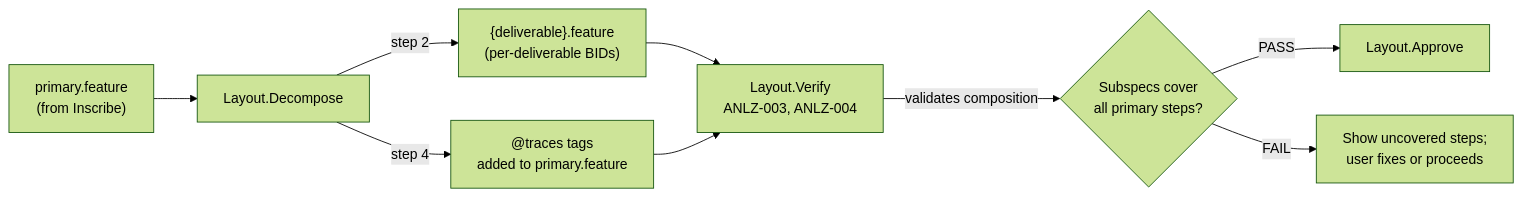
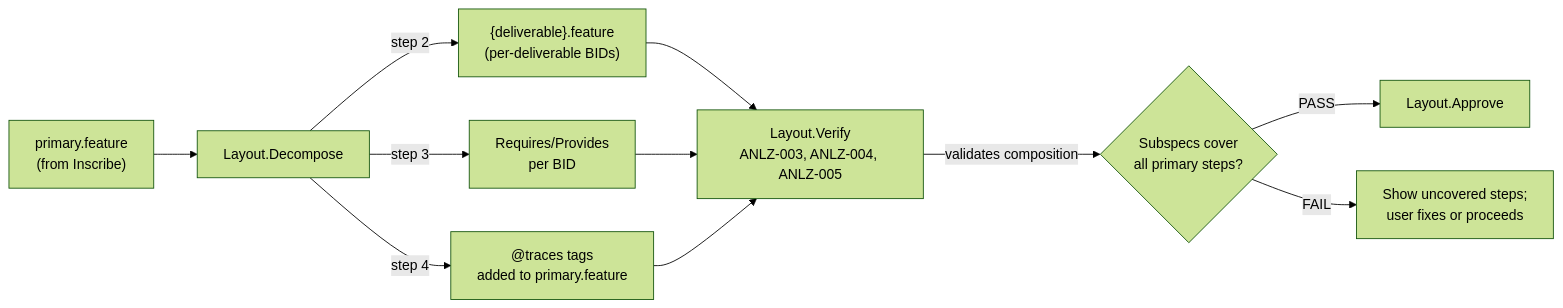
The third of 5 diagrams in docs/diagrams/diagrams.md (v0idbit/haileris), drawn with Mermaid (forest theme) before and after one commit. The commit also changed other lines of this file, not shown here.

Commit message:
docs: update diagrams for interface contracts and scoped re-runs

````diff
--- a/docs/diagrams/diagrams.md
+++ b/docs/diagrams/diagrams.md
@@ -129,14 +129,16 @@
 ```mermaid
 flowchart LR
     PS_IN["primary.feature<br>(from Inscribe)"] --> DEC["Layout.Decompose"]
 
     DEC -->|"step 2"| CS["{deliverable}.feature<br>(per-deliverable BIDs)"]
+    DEC -->|"step 3"| RP["Requires/Provides<br>per BID"]
     DEC -->|"step 4"| TR["@traces tags<br>added to primary.feature"]
 
-    CS --> V["Layout.Verify<br>ANLZ-003, ANLZ-004"]
+    CS --> V["Layout.Verify<br>ANLZ-003, ANLZ-004, ANLZ-005"]
+    RP --> V
     TR --> V
 
     V -->|"validates composition"| RESULT{"Subspecs cover<br>all primary steps?"}
     RESULT -->|PASS| AP["Layout.Approve"]
     RESULT -->|FAIL| FIX["Show uncovered steps;<br>user fixes or proceeds"]
 ```
````
